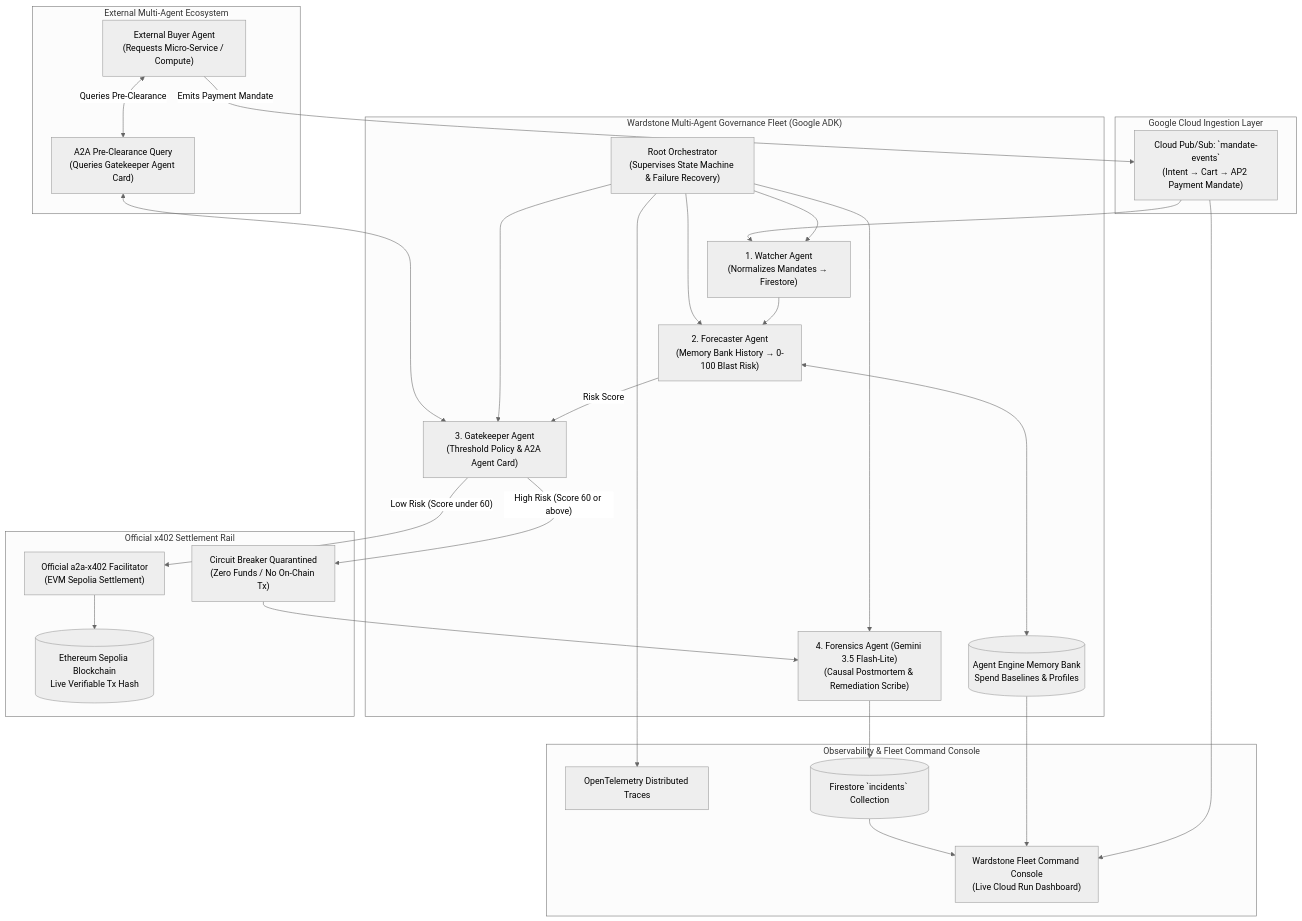
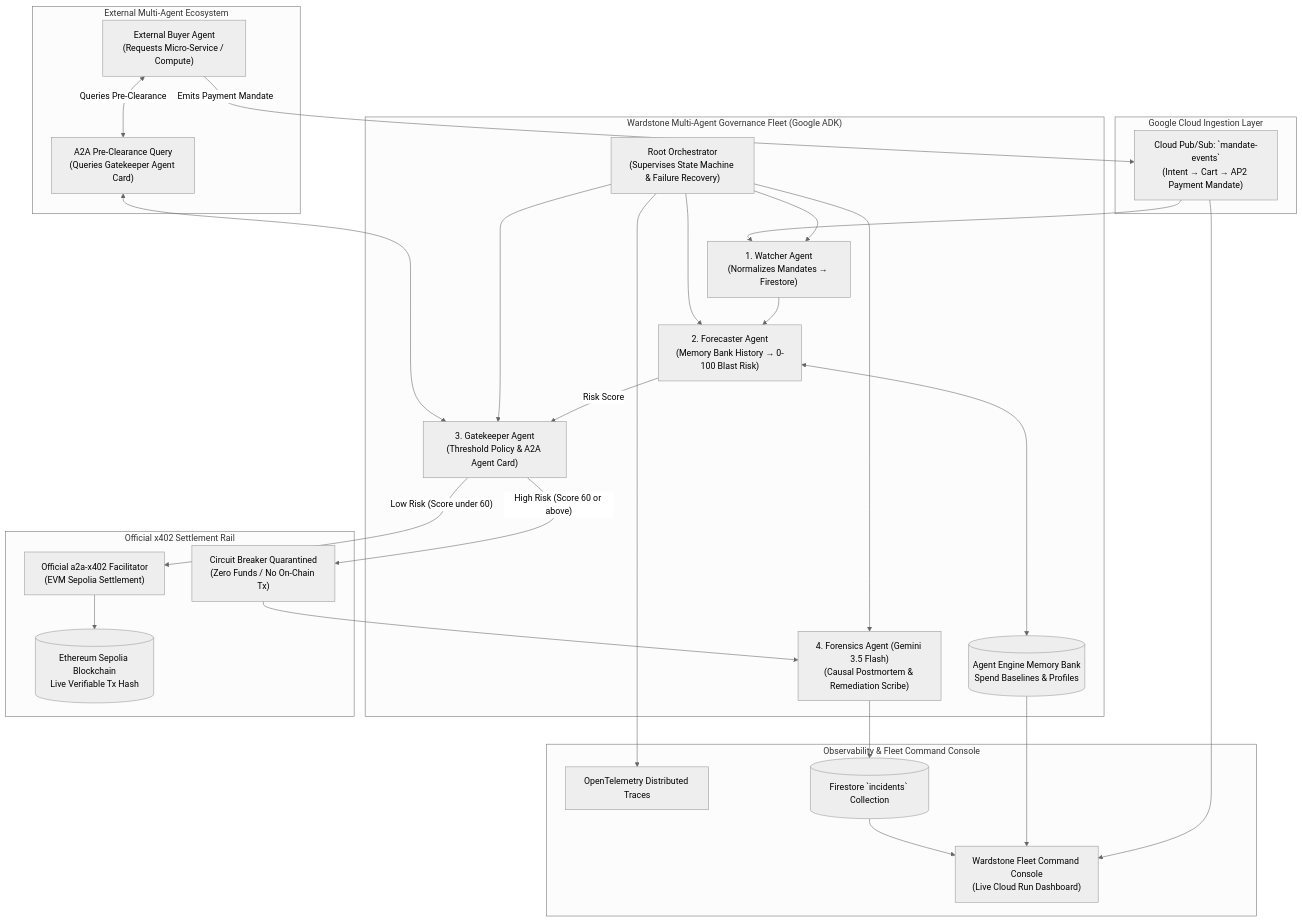
One commit to AmanM006/wardstone changed the diagram in README.md. Above: the diagram before and after it, drawn with Mermaid (neutral theme). The commit also changed other lines of this file and 39 other files, not shown here.

````diff
--- a/README.md
+++ b/README.md
@@ -35,59 +45,59 @@
 ```mermaid
 graph TD
     subgraph "External Multi-Agent Ecosystem"
         EXT["External Buyer Agent<br/>(Requests Micro-Service / Compute)"]
         AC_EXT["A2A Pre-Clearance Query<br/>(Queries Gatekeeper Agent Card)"]
     end
 
     subgraph "Google Cloud Ingestion Layer"
         PS["Cloud Pub/Sub: `mandate-events`<br/>(Intent → Cart → AP2 Payment Mandate)"]
     end
 
     subgraph "Wardstone Multi-Agent Governance Fleet (Google ADK)"
         ORCH["Root Orchestrator<br/>(Supervises State Machine & Failure Recovery)"]
         
         WATCH["1. Watcher Agent<br/>(Normalizes Mandates → Firestore)"]
         FORE["2. Forecaster Agent<br/>(Memory Bank History → 0-100 Blast Risk)"]
         GATE["3. Gatekeeper Agent<br/>(Threshold Policy & A2A Agent Card)"]
-        FOREN["4. Forensics Agent (Gemini 3.5 Flash-Lite)<br/>(Causal Postmortem & Remediation Scribe)"]
+        FOREN["4. Forensics Agent (Gemini 3.5 Flash)<br/>(Causal Postmortem & Remediation Scribe)"]
         
         MB[("Agent Engine Memory Bank<br/>Spend Baselines & Profiles")]
     end
 
     subgraph "Official x402 Settlement Rail"
         X402["Official a2a-x402 Facilitator<br/>(EVM Sepolia Settlement)"]
         TX[("Ethereum Sepolia Blockchain<br/>Live Verifiable Tx Hash")]
         BLOCK["Circuit Breaker Quarantined<br/>(Zero Funds / No On-Chain Tx)"]
     end
 
     subgraph "Observability & Fleet Command Console"
         OTEL["OpenTelemetry Distributed Traces"]
         DASH["Wardstone Fleet Command Console<br/>(Live Cloud Run Dashboard)"]
         INC[("Firestore `incidents` Collection")]
     end
 
     EXT -->|"Emits Payment Mandate"| PS
     EXT <-->|"Queries Pre-Clearance"| AC_EXT
     AC_EXT <--> GATE
 
     PS --> WATCH
     ORCH --> WATCH
     ORCH --> FORE
     ORCH --> GATE
     ORCH --> FOREN
 
     WATCH --> FORE
     FORE <--> MB
     FORE -->|"Risk Score"| GATE
 
     GATE -->|"Low Risk (Score under 60)"| X402
     X402 --> TX
     GATE -->|"High Risk (Score 60 or above)"| BLOCK
     BLOCK --> FOREN
     FOREN --> INC
 
     ORCH --> OTEL
     INC --> DASH
     MB --> DASH
     PS --> DASH
 ```
````
